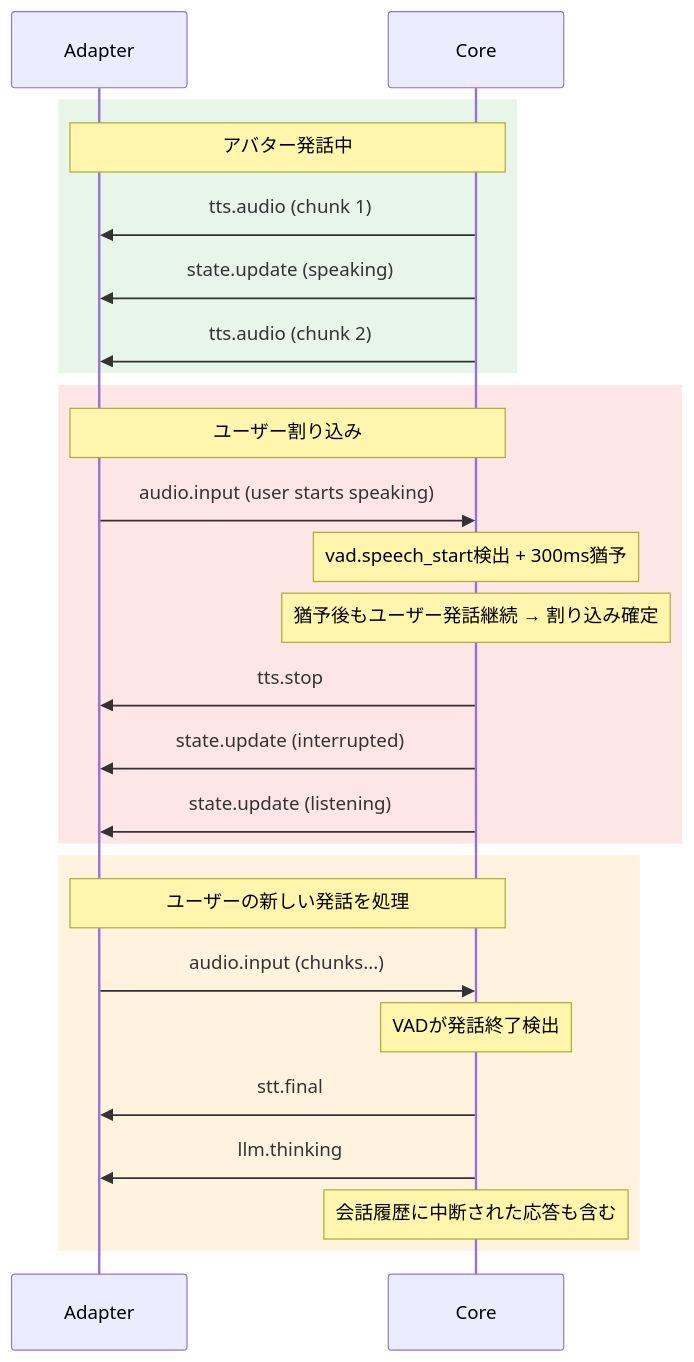
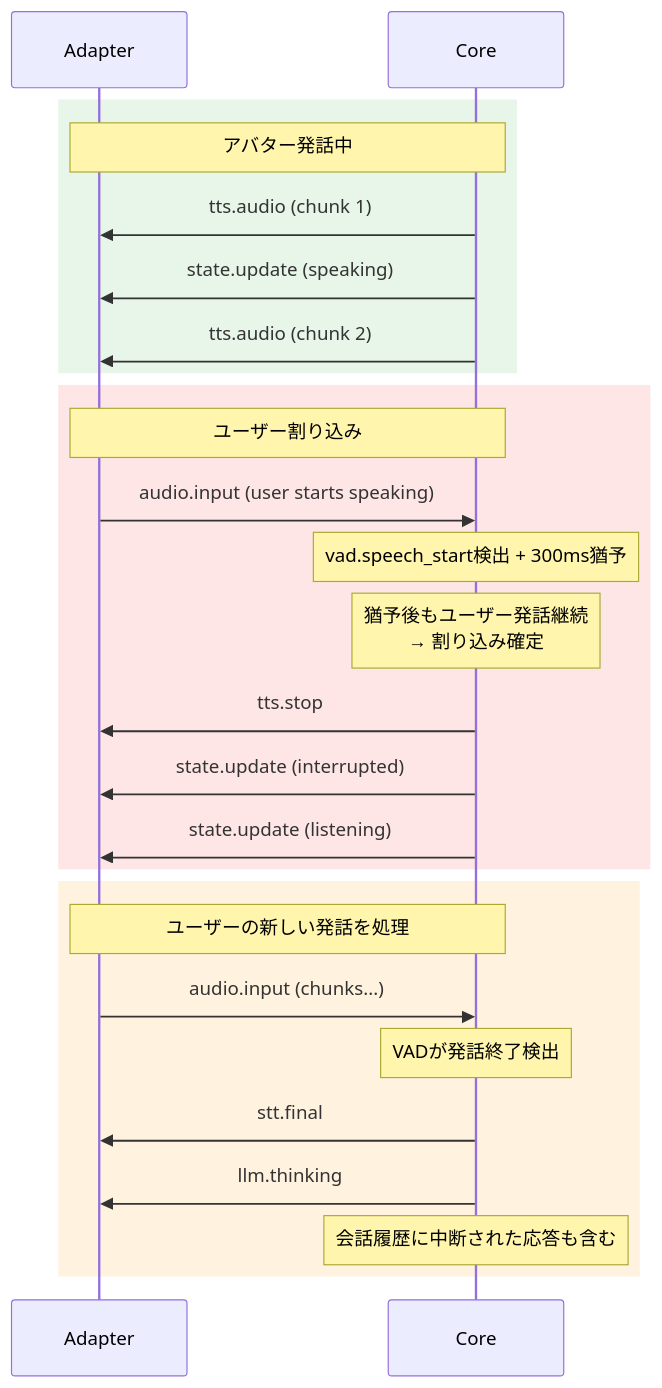
The third of 3 diagrams in docs/protocol.md (miumo6329/ai-avatar-framework), drawn with Mermaid before and after one commit. The commit also changed other lines of this file and 3 other files, not shown here.

````diff
--- a/docs/protocol.md
+++ b/docs/protocol.md
@@ -379,31 +379,31 @@
 ```mermaid
 sequenceDiagram
   participant Adapter
   participant Core
 
   rect rgb(232, 245, 233)
     Note over Adapter, Core: アバター発話中
     Core->>Adapter: tts.audio (chunk 1)
     Core->>Adapter: state.update (speaking)
     Core->>Adapter: tts.audio (chunk 2)
   end
 
   rect rgb(255, 230, 230)
     Note over Adapter, Core: ユーザー割り込み
     Adapter->>Core: audio.input (user starts speaking)
     Note over Core: vad.speech_start検出 + 300ms猶予
-    Note over Core: 猶予後もユーザー発話継続 → 割り込み確定
+    Note over Core: 猶予後もユーザー発話継続 <br/>→ 割り込み確定
     Core->>Adapter: tts.stop
     Core->>Adapter: state.update (interrupted)
     Core->>Adapter: state.update (listening)
   end
 
   rect rgb(255, 243, 224)
     Note over Adapter, Core: ユーザーの新しい発話を処理
     Adapter->>Core: audio.input (chunks...)
     Note over Core: VADが発話終了検出
     Core->>Adapter: stt.final
     Core->>Adapter: llm.thinking
     Note over Core: 会話履歴に中断された応答も含む
   end
 ```
````
